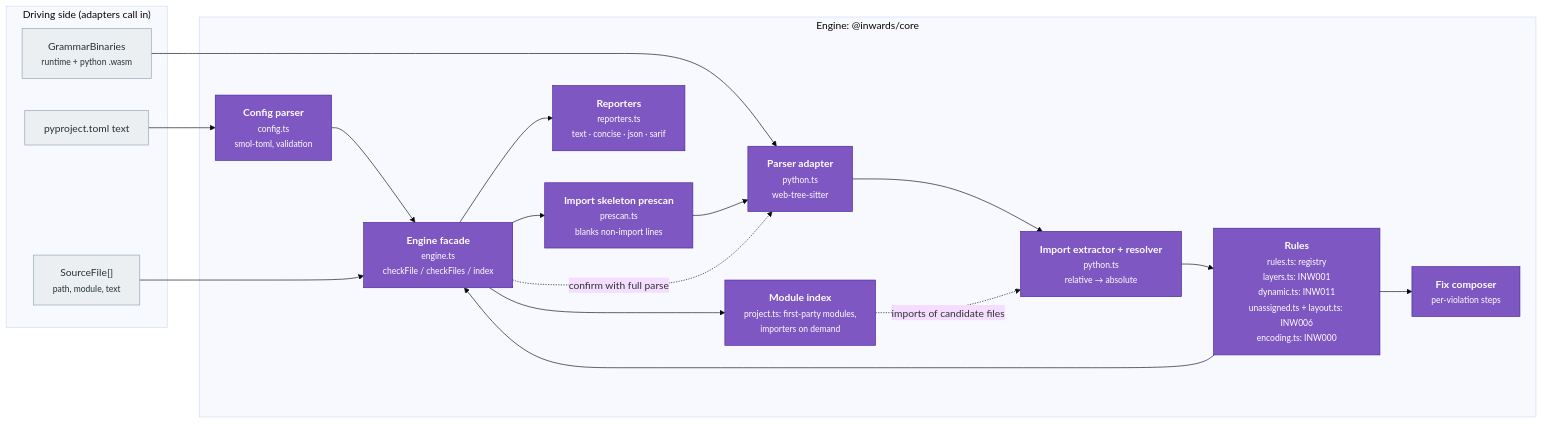
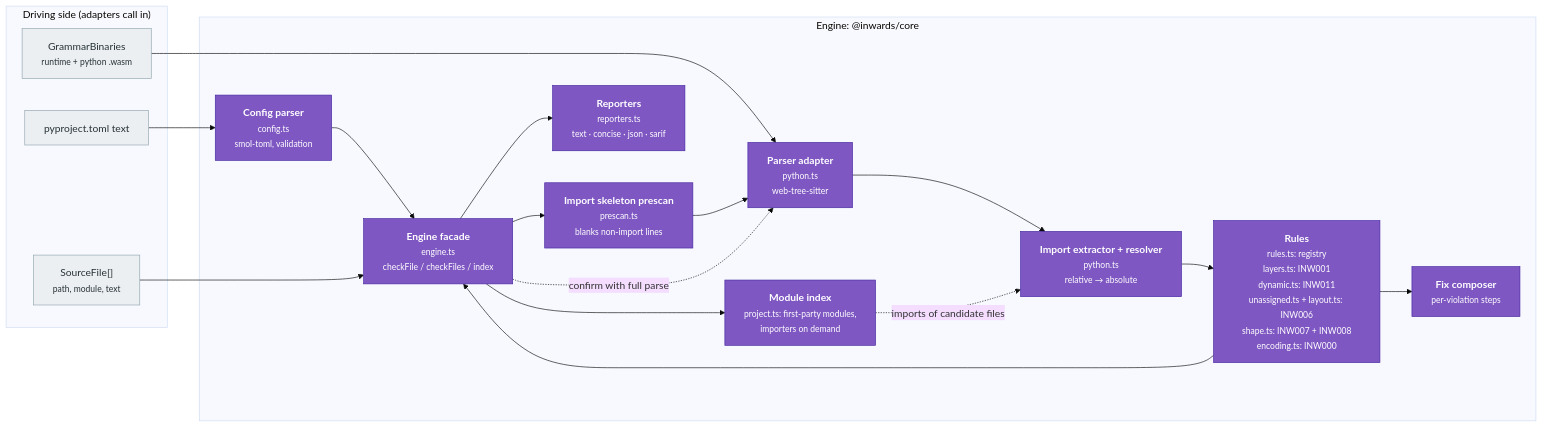
Before and after one commit to SirCypkowskyy/inwards: the third of 6 diagrams in docs/chapters/03-Architecture-C4.md, drawn with Mermaid (base theme). The commit also changed other lines of this file and 6 other files, not shown here.

````diff
--- a/docs/chapters/03-Architecture-C4.md
+++ b/docs/chapters/03-Architecture-C4.md
@@ -112,37 +112,37 @@
 ```mermaid
 flowchart LR
     subgraph driving["Driving side (adapters call in)"]
         files["SourceFile[]<br/><small>path, module, text</small>"]
         cfgtext["pyproject.toml text"]
         wasm["GrammarBinaries<br/><small>runtime + python .wasm</small>"]
     end
 
     subgraph enginebox["Engine: @inwards/core"]
         config["<b>Config parser</b><br/><small>config.ts<br/>smol-toml, validation</small>"]
         pre["<b>Import skeleton prescan</b><br/><small>prescan.ts<br/>blanks non-import lines</small>"]
         parser["<b>Parser adapter</b><br/><small>python.ts<br/>web-tree-sitter</small>"]
         extract["<b>Import extractor + resolver</b><br/><small>python.ts<br/>relative → absolute</small>"]
-        rules["<b>Rules</b><br/><small>rules.ts: registry<br/>layers.ts: INW001<br/>dynamic.ts: INW011<br/>unassigned.ts + layout.ts: INW006<br/>encoding.ts: INW000</small>"]
+        rules["<b>Rules</b><br/><small>rules.ts: registry<br/>layers.ts: INW001<br/>dynamic.ts: INW011<br/>unassigned.ts + layout.ts: INW006<br/>shape.ts: INW007 + INW008<br/>encoding.ts: INW000</small>"]
         fix["<b>Fix composer</b><br/><small>per-violation steps</small>"]
         report["<b>Reporters</b><br/><small>reporters.ts<br/>text · concise · json · sarif</small>"]
         engine["<b>Engine facade</b><br/><small>engine.ts<br/>checkFile / checkFiles / index</small>"]
         modgraph["<b>Module index</b><br/><small>project.ts: first-party modules,<br/>importers on demand</small>"]
     end
 
     cfgtext --> config --> engine
     wasm --> parser
     files --> engine
     engine --> pre --> parser --> extract --> rules
     rules --> fix
     rules --> engine
     engine -. "confirm with full parse" .-> parser
     engine --> modgraph
     modgraph -. "imports of candidate files" .-> extract
     engine --> report
 
     classDef comp fill:#7e57c2,color:#fff,stroke:#4527a0
     classDef planned fill:#ede7f6,color:#4527a0,stroke:#7e57c2,stroke-dasharray:5 5
     classDef port fill:#eceff1,color:#263238,stroke:#90a4ae
     class config,pre,parser,extract,rules,fix,report,engine,modgraph comp
     class files,cfgtext,wasm port
 ```
````
